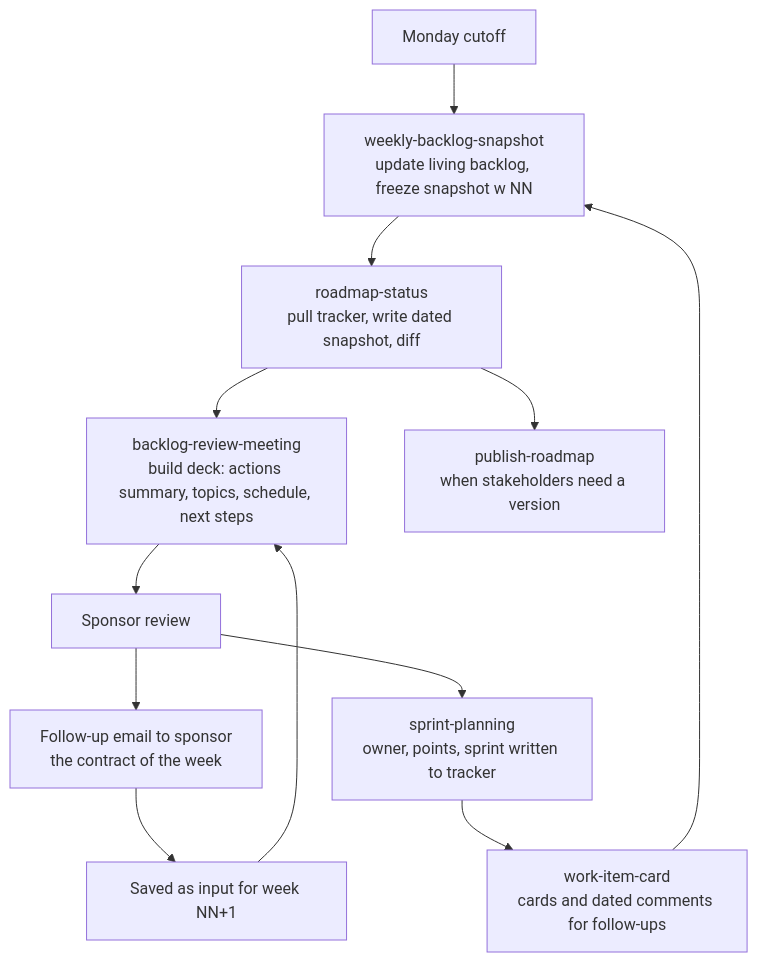
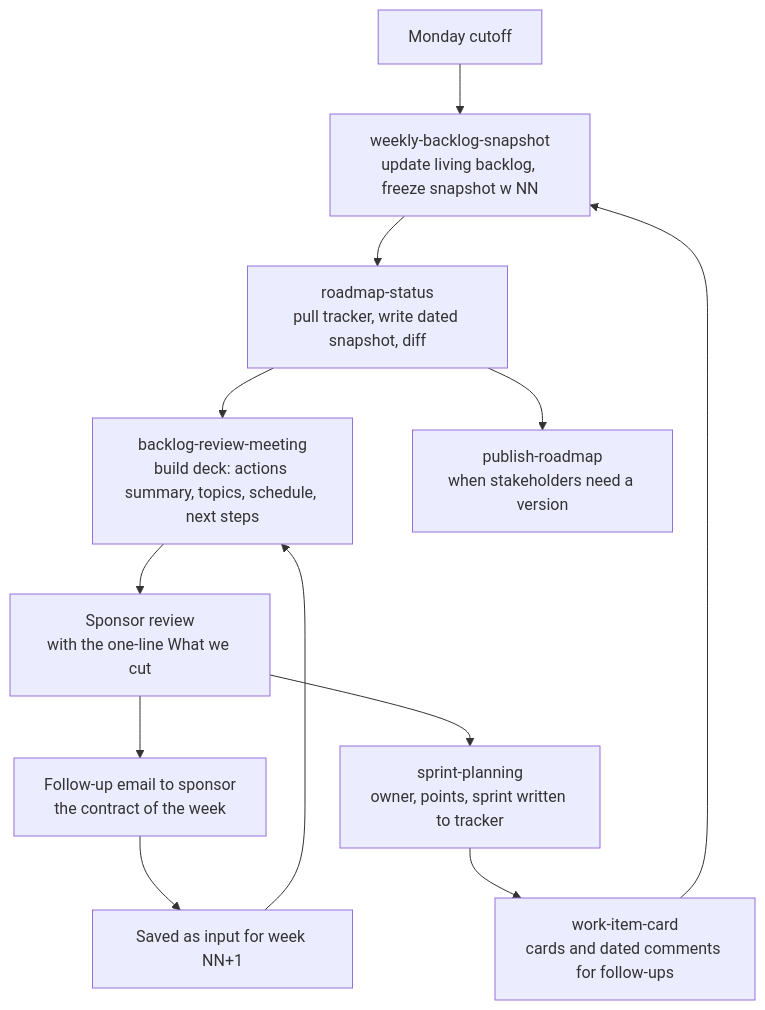
The diagram in docs/operating-cadence.md (Benyoumen/backlog-writing-system), drawn with Mermaid before and after one commit. The commit also changed other lines of this file and 59 other files, not shown here.

````diff
--- a/docs/operating-cadence.md
+++ b/docs/operating-cadence.md
@@ -5,14 +5,14 @@
 ```mermaid
 flowchart TD
     A[Monday cutoff] --> B[weekly-backlog-snapshot<br/>update living backlog, freeze snapshot w NN]
     B --> C[roadmap-status<br/>pull tracker, write dated snapshot, diff]
     C --> D[backlog-review-meeting<br/>build deck: actions summary, topics, schedule, next steps]
-    D --> E[Sponsor review]
+    D --> E[Sponsor review<br/>with the one-line What we cut]
     E --> F[Follow-up email to sponsor<br/>the contract of the week]
     F --> G[Saved as input for week NN+1]
     E --> H[sprint-planning<br/>owner, points, sprint written to tracker]
     H --> I[work-item-card<br/>cards and dated comments for follow-ups]
     C --> J[publish-roadmap<br/>when stakeholders need a version]
     G --> D
     I --> B
 ```
````
